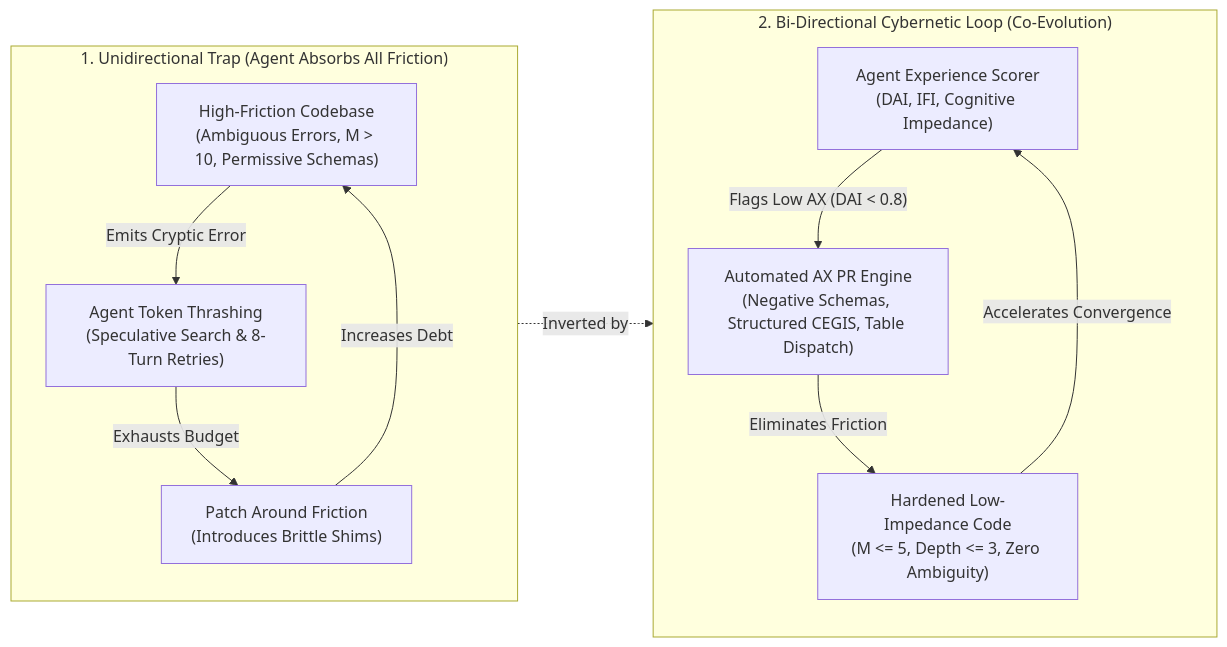
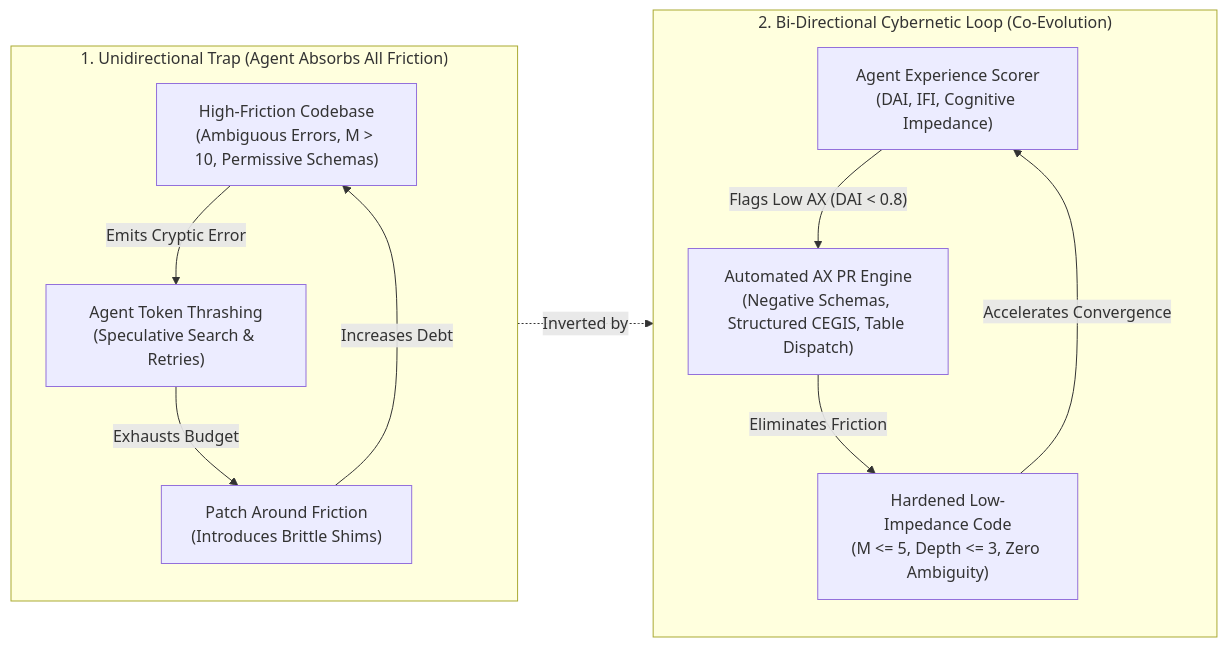
One commit to dan-petty/vibes changed the second of 4 diagrams in observations/systems/32-dual-first-class-consumers-and-bi-directional-agentic-feedback-loops.md. Above: the diagram before and after it, drawn with Mermaid. The commit also changed other lines of this file and 248 other files, not shown here.

````diff
--- a/observations/systems/32-dual-first-class-consumers-and-bi-directional-agentic-feedback-loops.md
+++ b/observations/systems/32-dual-first-class-consumers-and-bi-directional-agentic-feedback-loops.md
@@ -101,24 +101,24 @@
 ```mermaid
 flowchart LR
     subgraph UnidirectionalTrap ["1. Unidirectional Trap (Agent Absorbs All Friction)"]
         direction TB
         HighFrictionCode["High-Friction Codebase<br/>(Ambiguous Errors, M > 10, Permissive Schemas)"]
-        AgentStruggle["Agent Token Thrashing<br/>(Speculative Search & 8-Turn Retries)"]
+        AgentStruggle["Agent Token Thrashing<br/>(Speculative Search & Retries)"]
         PatchAround["Patch Around Friction<br/>(Introduces Brittle Shims)"]
         HighFrictionCode -->|"Emits Cryptic Error"| AgentStruggle
         AgentStruggle -->|"Exhausts Budget"| PatchAround
         PatchAround -->|"Increases Debt"| HighFrictionCode
     end
 
     subgraph BiDirectionalLoop ["2. Bi-Directional Cybernetic Loop (Co-Evolution)"]
         direction TB
         AXScorer["Agent Experience Scorer<br/>(DAI, IFI, Cognitive Impedance)"]
         AutoRefactor["Automated AX PR Engine<br/>(Negative Schemas, Structured CEGIS, Table Dispatch)"]
         HardenedCode["Hardened Low-Impedance Code<br/>(M <= 5, Depth <= 3, Zero Ambiguity)"]
         AXScorer -->|"Flags Low AX (DAI < 0.8)"| AutoRefactor
         AutoRefactor -->|"Eliminates Friction"| HardenedCode
         HardenedCode -->|"Accelerates Convergence"| AXScorer
     end
 
     UnidirectionalTrap -.->|"Inverted by"| BiDirectionalLoop
 ```
````
